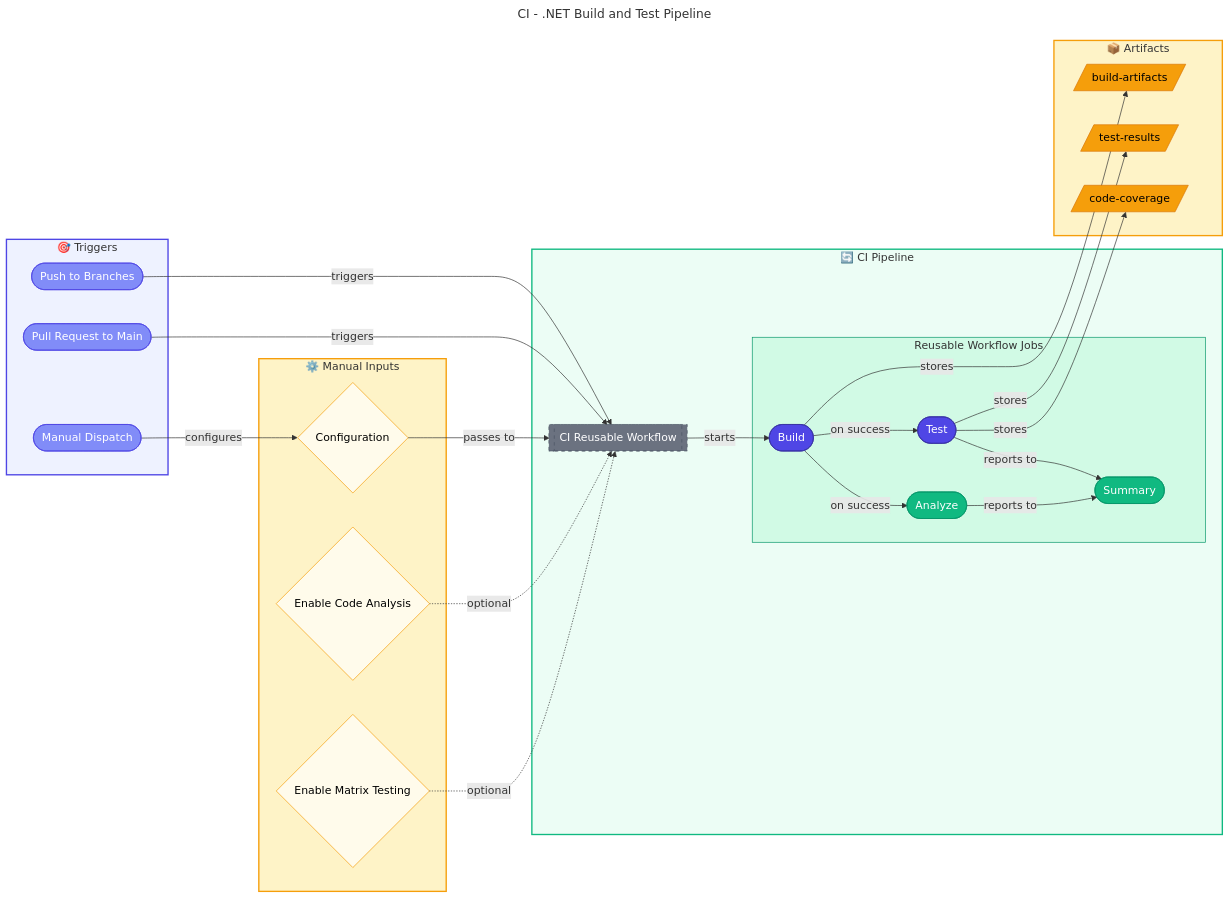
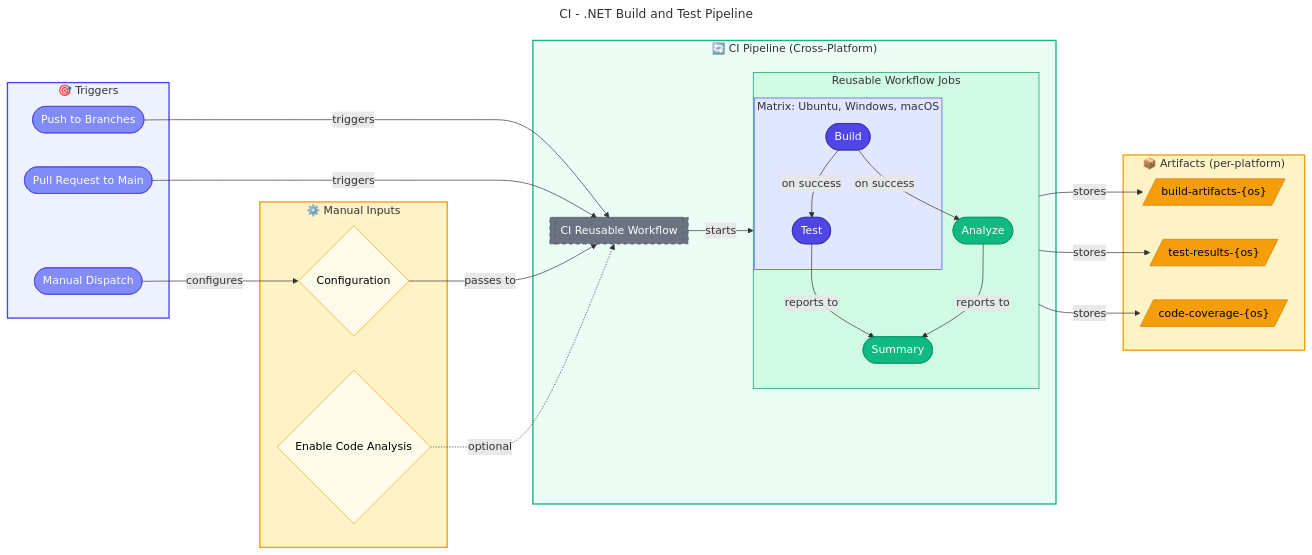
Before and after one commit to Evilazaro/Azure-LogicApps-Monitoring: the diagram in docs/devops/ci-dotnet.md, drawn with Mermaid. The commit also changed other lines of this file and 2 other files, not shown here.

Commit message:
fix: Update CI documentation to reflect cross-platform testing and per-platform artifact naming

```diff
--- a/docs/devops/ci-dotnet.md
+++ b/docs/devops/ci-dotnet.md
@@ -53,26 +53,28 @@
     subgraph InputsGroup["⚙️ Manual Inputs"]
         config{"Configuration"}
         analysis{"Enable Code Analysis"}
-        matrix{"Enable Matrix Testing"}
     end
 
     %% ===== CI PIPELINE =====
-    subgraph CIPipeline["🔄 CI Pipeline"]
+    subgraph CIPipeline["🔄 CI Pipeline (Cross-Platform)"]
         ci_call[["CI Reusable Workflow"]]
         
         subgraph JobsGroup["Reusable Workflow Jobs"]
-            build(["Build"])
-            test(["Test"])
+            direction TB
+            subgraph MatrixJobs["Matrix: Ubuntu, Windows, macOS"]
+                build(["Build"])
+                test(["Test"])
+            end
             analyze(["Analyze"])
             summary(["Summary"])
         end
     end
 
     %% ===== ARTIFACTS =====
-    subgraph ArtifactsGroup["📦 Artifacts"]
-        build_art[/"build-artifacts"/]
-        test_art[/"test-results"/]
-        cov_art[/"code-coverage"/]
+    subgraph ArtifactsGroup["📦 Artifacts (per-platform)"]
+        build_art[/"build-artifacts-{os}"/]
+        test_art[/"test-results-{os}"/]
+        cov_art[/"code-coverage-{os}"/]
     end
 
     %% Trigger flow - events initiate pipeline
@@ -81,7 +83,6 @@
     manual -->|configures| config
     config -->|passes to| ci_call
     analysis -.->|optional| ci_call
-    matrix -.->|optional| ci_call
 
     %% CI flow - job execution sequence
     ci_call -->|starts| build
@@ -114,11 +115,12 @@
     style InputsGroup fill:#FEF3C7,stroke:#F59E0B,stroke-width:2px
     style CIPipeline fill:#ECFDF5,stroke:#10B981,stroke-width:2px
     style JobsGroup fill:#D1FAE5,stroke:#059669,stroke-width:1px
+    style MatrixJobs fill:#E0E7FF,stroke:#4F46E5,stroke-width:1px
     style ArtifactsGroup fill:#FEF3C7,stroke:#F59E0B,stroke-width:2px
 
     %% Apply styles to nodes
     class push,pr,manual trigger
-    class config,analysis,matrix decision
+    class config,analysis decision
     class ci_call external
     class build,test primary
     class analyze,summary secondary
```
